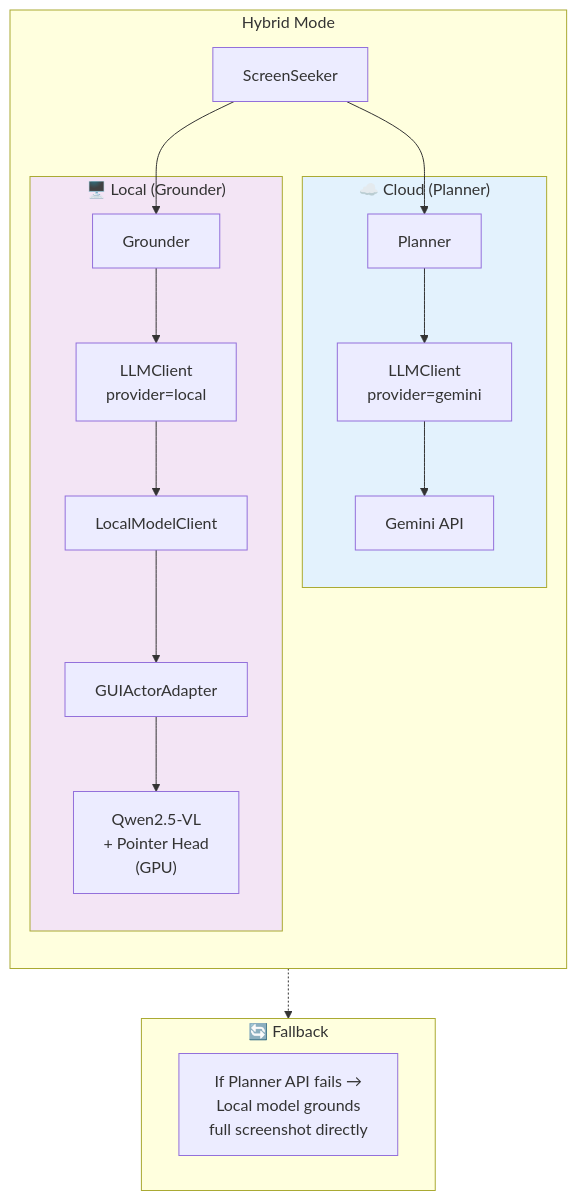
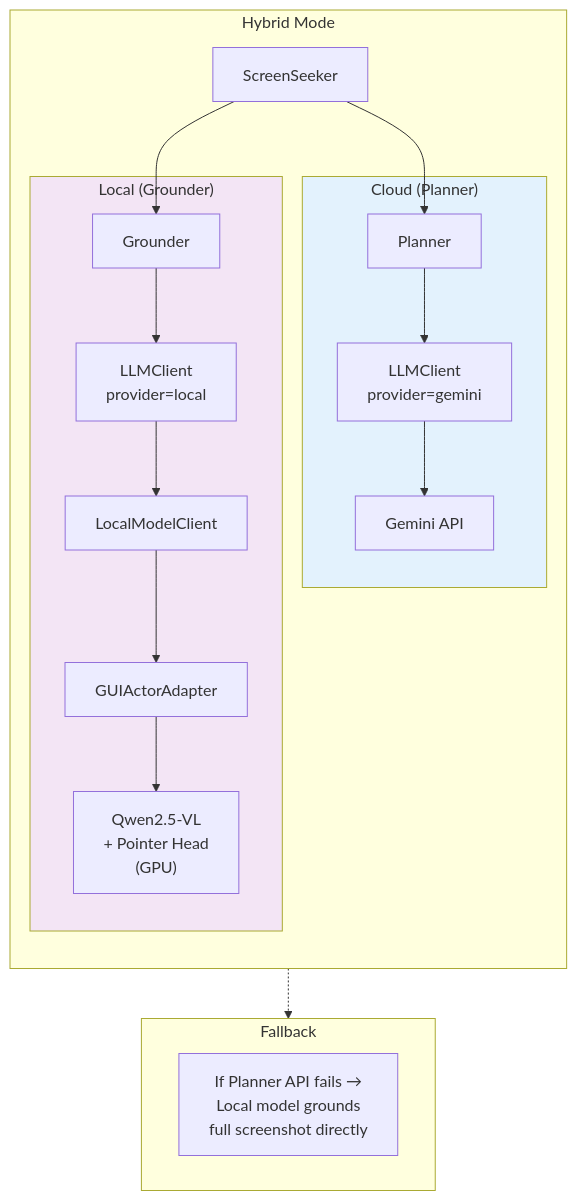
One commit to ZiadMD/ScreenSeekeR-Desktop-Automation changed the ninth of 19 diagrams in doc/methodology.md. Above: the diagram before and after it, drawn with Mermaid. The commit also changed other lines of this file and 3 other files, not shown here.

````diff
--- a/doc/methodology.md
+++ b/doc/methodology.md
@@ -405,33 +405,33 @@
 ```mermaid
 graph TD
     subgraph Hybrid["Hybrid Mode"]
         direction TB
         SS["ScreenSeeker"]
 
-        subgraph Cloud["☁️ Cloud (Planner)"]
+        subgraph Cloud["Cloud (Planner)"]
             PLAN_C["Planner"]
             LLM_C["LLMClient<br/>provider=gemini"]
             GEMINI["Gemini API"]
         end
 
-        subgraph Local["🖥️ Local (Grounder)"]
+        subgraph Local["Local (Grounder)"]
             GND_L["Grounder"]
             LLM_L["LLMClient<br/>provider=local"]
             LMC["LocalModelClient"]
             ADAPTER["GUIActorAdapter"]
             MODEL["Qwen2.5-VL<br/>+ Pointer Head<br/>(GPU)"]
         end
 
         SS --> PLAN_C --> LLM_C --> GEMINI
         SS --> GND_L --> LLM_L --> LMC --> ADAPTER --> MODEL
     end
 
-    subgraph Fallback["🔄 Fallback"]
+    subgraph Fallback["Fallback"]
         FALL["If Planner API fails →<br/>Local model grounds<br/>full screenshot directly"]
     end
 
     Hybrid -.-> Fallback
 
     style Cloud fill:#e3f2fd
     style Local fill:#f3e5f5
 ```
````
